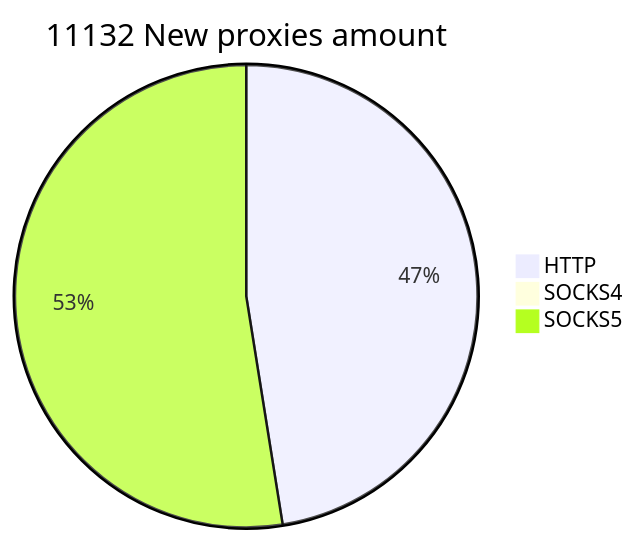
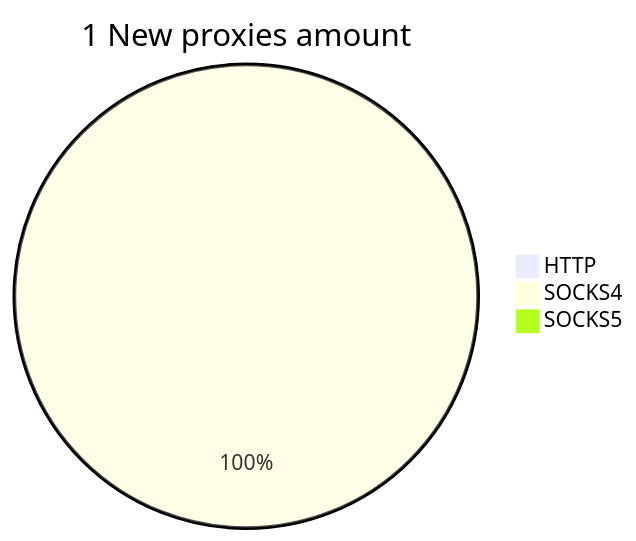
Before and after one commit to cutipu/proxylist: the second of 2 diagrams in README.md, drawn with Mermaid. The commit also changed other lines of this file, not shown here.

````diff
--- a/README.md
+++ b/README.md
@@ -10,6 +10,6 @@
 ```mermaid
-pie title 11132 New proxies amount
-    "HTTP" : 5286
-    "SOCKS4" : 0
-    "SOCKS5" : 5847
+pie title 1 New proxies amount
+    "HTTP" : 0
+    "SOCKS4" : 3
+    "SOCKS5" : 0
 ```
````
